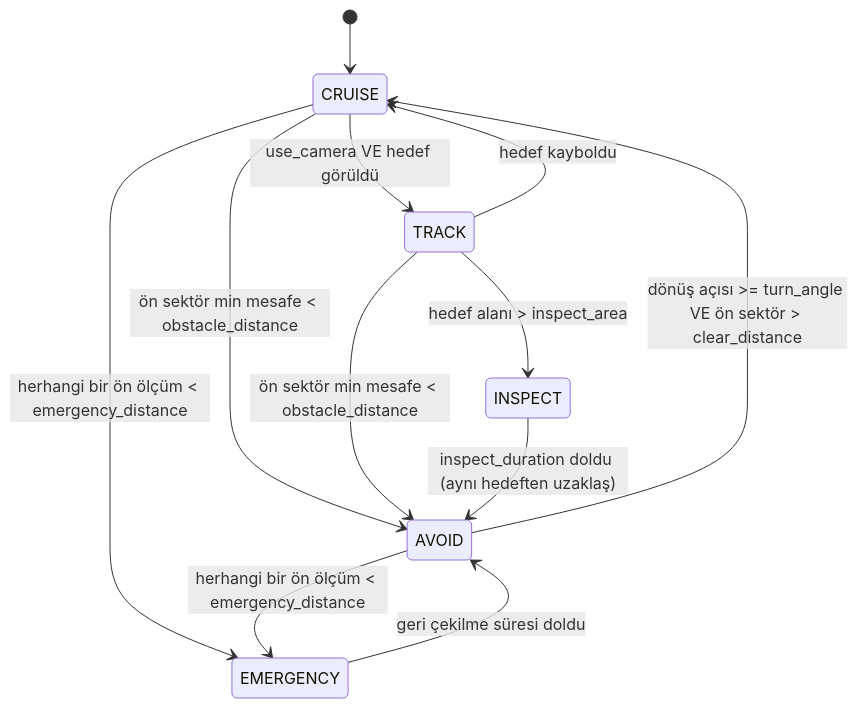
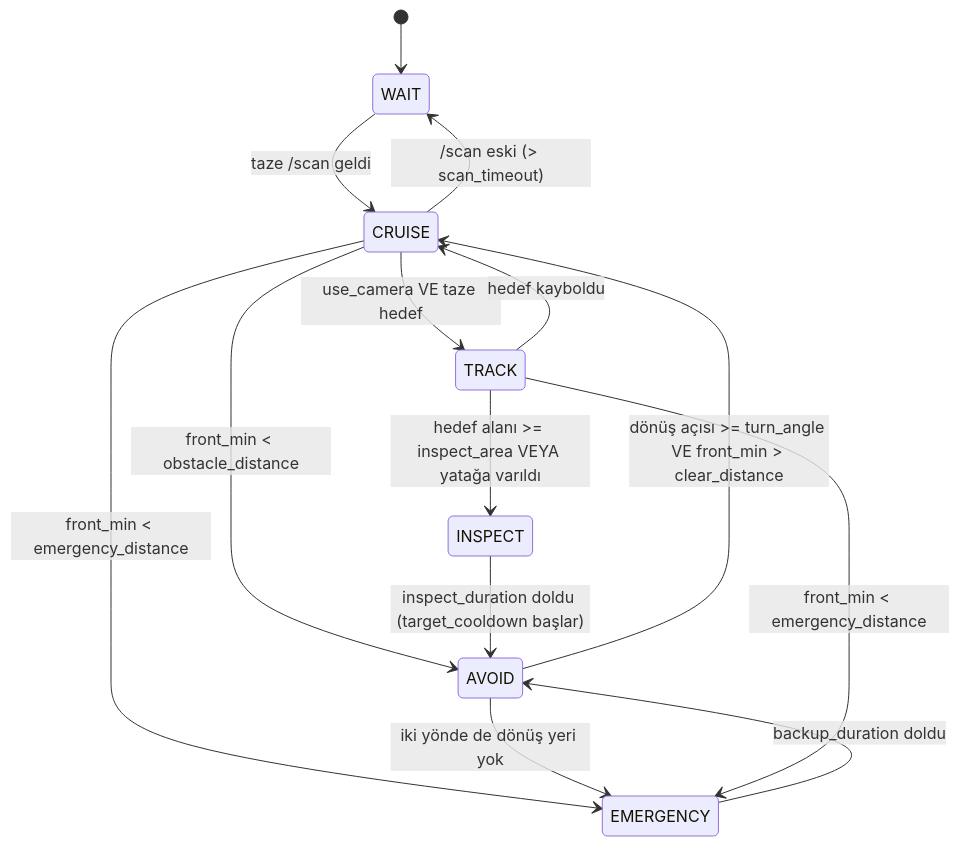
Before and after one commit to anilcay/Mobile-Robotics-Midterm-Project: the second of 2 diagrams in docs/ARCHITECTURE.md, drawn with Mermaid. The commit also changed other lines of this file and 9 other files, not shown here.

````diff
--- a/docs/ARCHITECTURE.md
+++ b/docs/ARCHITECTURE.md
@@ -108,14 +108,16 @@
 ```mermaid
 stateDiagram-v2
-  [*] --> CRUISE
-  CRUISE --> AVOID: ön sektör min mesafe < obstacle_distance
-  AVOID --> CRUISE: dönüş açısı >= turn_angle VE ön sektör > clear_distance
-  CRUISE --> TRACK: use_camera VE hedef görüldü
-  TRACK --> INSPECT: hedef alanı > inspect_area
+  [*] --> WAIT
+  WAIT --> CRUISE: taze /scan geldi
+  CRUISE --> WAIT: /scan eski (> scan_timeout)
+  CRUISE --> AVOID: front_min < obstacle_distance
+  CRUISE --> EMERGENCY: front_min < emergency_distance
+  AVOID --> CRUISE: dönüş açısı >= turn_angle VE front_min > clear_distance
+  AVOID --> EMERGENCY: iki yönde de dönüş yeri yok
+  EMERGENCY --> AVOID: backup_duration doldu
+  CRUISE --> TRACK: use_camera VE taze hedef
+  TRACK --> INSPECT: hedef alanı >= inspect_area VEYA yatağa varıldı
   TRACK --> CRUISE: hedef kayboldu
-  TRACK --> AVOID: ön sektör min mesafe < obstacle_distance
-  INSPECT --> AVOID: inspect_duration doldu (aynı hedeften uzaklaş)
-  CRUISE --> EMERGENCY: herhangi bir ön ölçüm < emergency_distance
-  AVOID --> EMERGENCY: herhangi bir ön ölçüm < emergency_distance
-  EMERGENCY --> AVOID: geri çekilme süresi doldu
+  TRACK --> EMERGENCY: front_min < emergency_distance
+  INSPECT --> AVOID: inspect_duration doldu (target_cooldown başlar)
 ```
````
